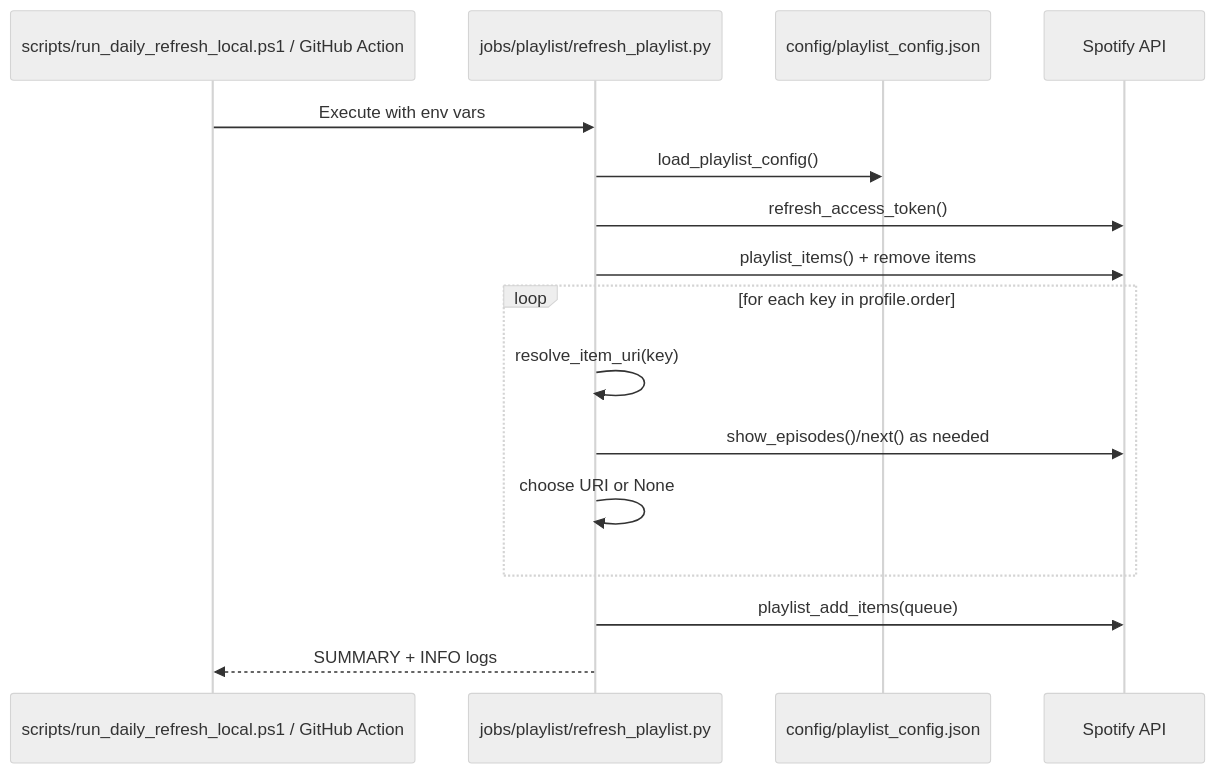
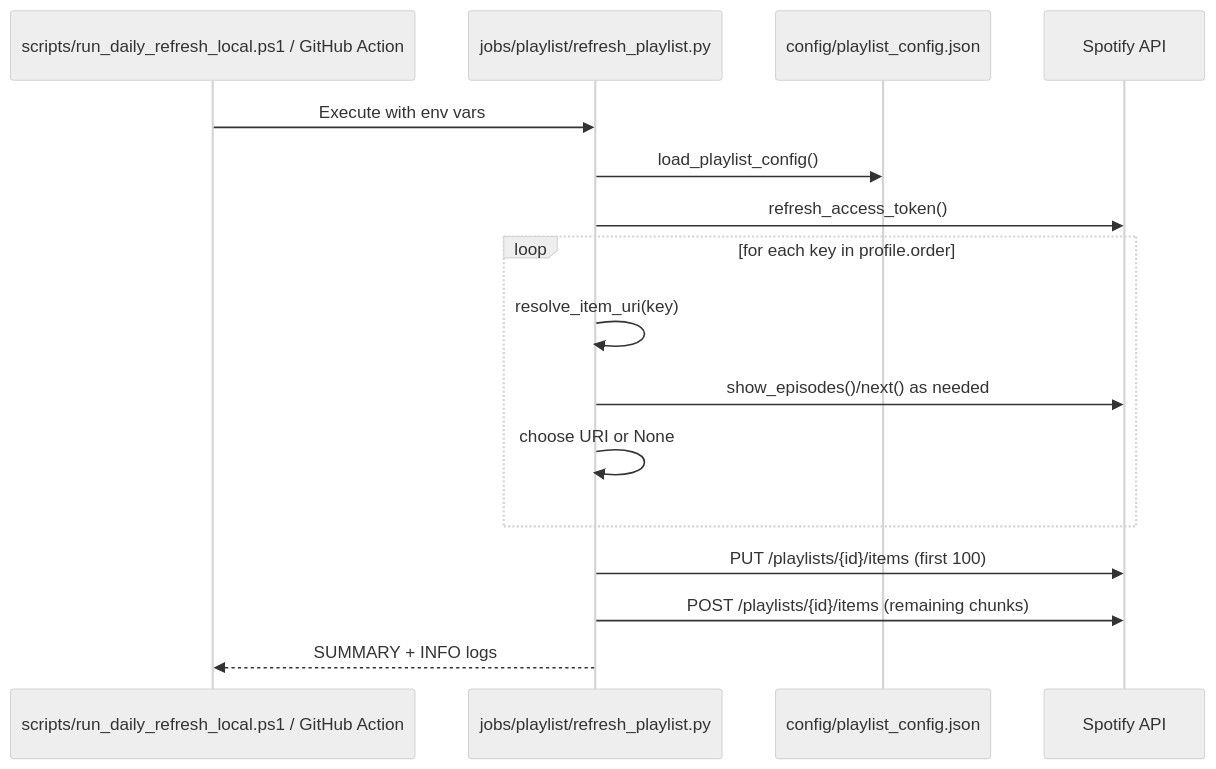
The second of 5 diagrams in REFRESH_PLAYLIST_ARCHITECTURE.md (Jctebo/spotify_praylist), drawn with Mermaid (neutral theme) before and after one commit. The commit also changed other lines of this file and 10 other files, not shown here.

````diff
--- a/REFRESH_PLAYLIST_ARCHITECTURE.md
+++ b/REFRESH_PLAYLIST_ARCHITECTURE.md
@@ -23,19 +23,19 @@
 ```mermaid
 sequenceDiagram
     participant Runner as scripts/run_daily_refresh_local.ps1 / GitHub Action
     participant Script as jobs/playlist/refresh_playlist.py
     participant Config as config/playlist_config.json
     participant Spotify as Spotify API
 
     Runner->>Script: Execute with env vars
     Script->>Config: load_playlist_config()
     Script->>Spotify: refresh_access_token()
-    Script->>Spotify: playlist_items() + remove items
     loop for each key in profile.order
         Script->>Script: resolve_item_uri(key)
         Script->>Spotify: show_episodes()/next() as needed
         Script->>Script: choose URI or None
     end
-    Script->>Spotify: playlist_add_items(queue)
+    Script->>Spotify: PUT /playlists/{id}/items (first 100)
+    Script->>Spotify: POST /playlists/{id}/items (remaining chunks)
     Script-->>Runner: SUMMARY + INFO logs
 ```
````
